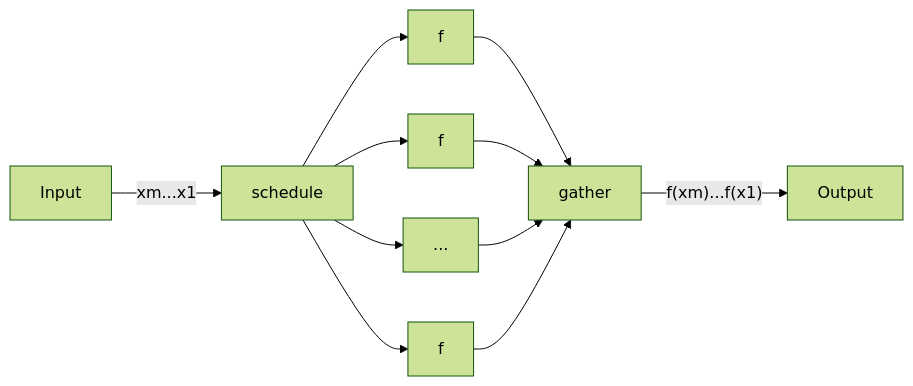
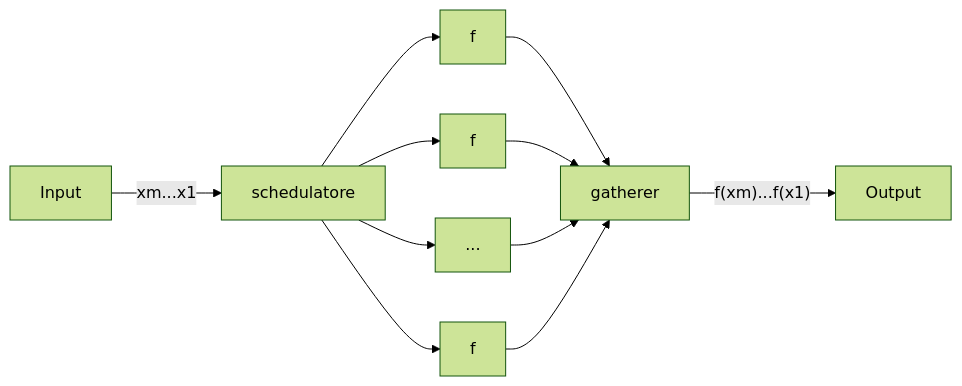
Before and after one commit to SuperSamus/appunti-universitari: the second of 2 diagrams in Architettura e sistemi operativi/Parallelismo.md, drawn with Mermaid (forest theme). The commit also changed other lines of this file, not shown here.

````diff
--- a/Architettura e sistemi operativi/Parallelismo.md
+++ b/Architettura e sistemi operativi/Parallelismo.md
@@ -94,4 +95,4 @@
 ```mermaid
 flowchart LR
-Input --> |"xm...x1"| schedule --> f1[f] & f2[f] & f[...] & fn[f] --> gather --> |"f(xm)...f(x1)"| Output
+Input --> |"xm...x1"| schedulatore --> f1[f] & f2[f] & f[...] & fn[f] --> gatherer --> |"f(xm)...f(x1)"| Output
 ```
````
